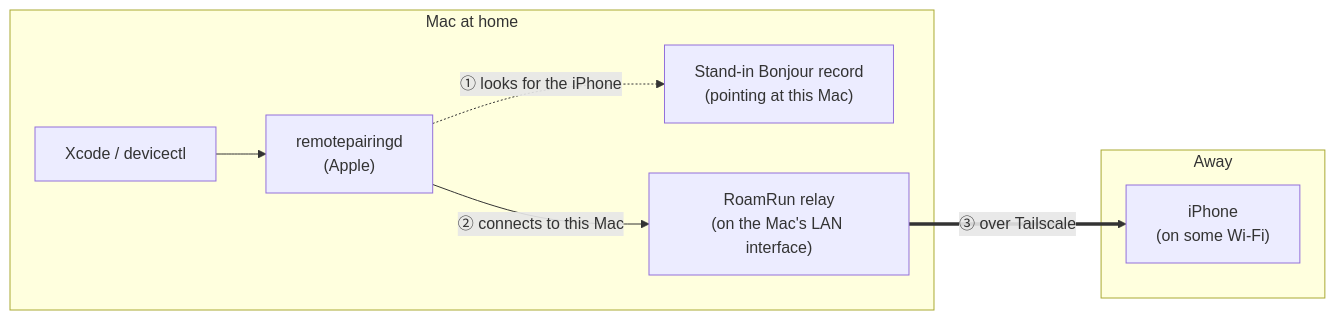
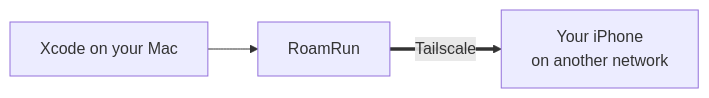
The diagram in README.md (mh-mobile/RoamRun), drawn with Mermaid before and after one commit. The commit also changed other lines of this file and 25 other files, not shown here.

````diff
--- a/README.md
+++ b/README.md
@@ -46,14 +26,5 @@
 ```mermaid
 flowchart LR
-  subgraph mac["Mac at home"]
-    xcode["Xcode / devicectl"] --> rpd["remotepairingd<br/>(Apple)"]
-    fake["Stand-in Bonjour record<br/>(pointing at this Mac)"]
-    relay["RoamRun relay<br/>(on the Mac's LAN interface)"]
-  end
-  subgraph away["Away"]
-    iphone["iPhone<br/>(on some Wi-Fi)"]
-  end
-  rpd -. "① looks for the iPhone" .-> fake
-  rpd -- "② connects to this Mac" --> relay
-  relay == "③ over Tailscale" ==> iphone
+  xcode["Xcode on your Mac"] --> bridge["RoamRun"]
+  bridge == "Tailscale" ==> device["Your iPhone<br/>on another network"]
 ```
````
